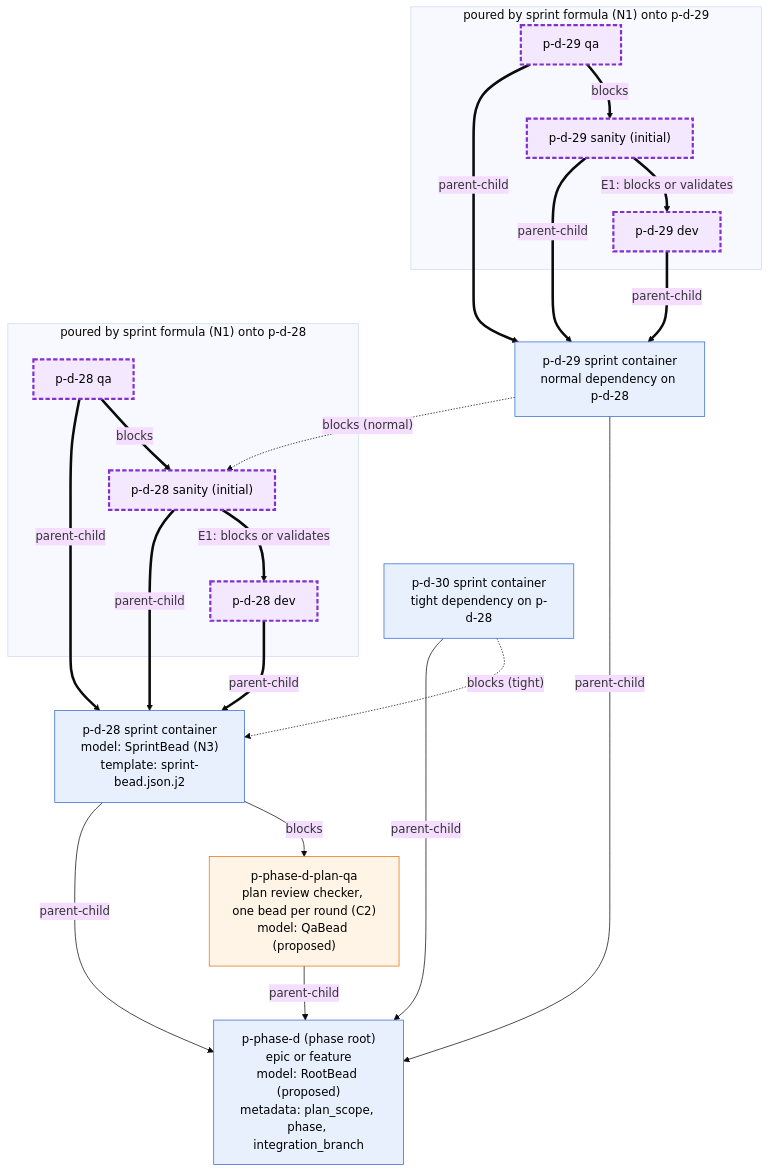
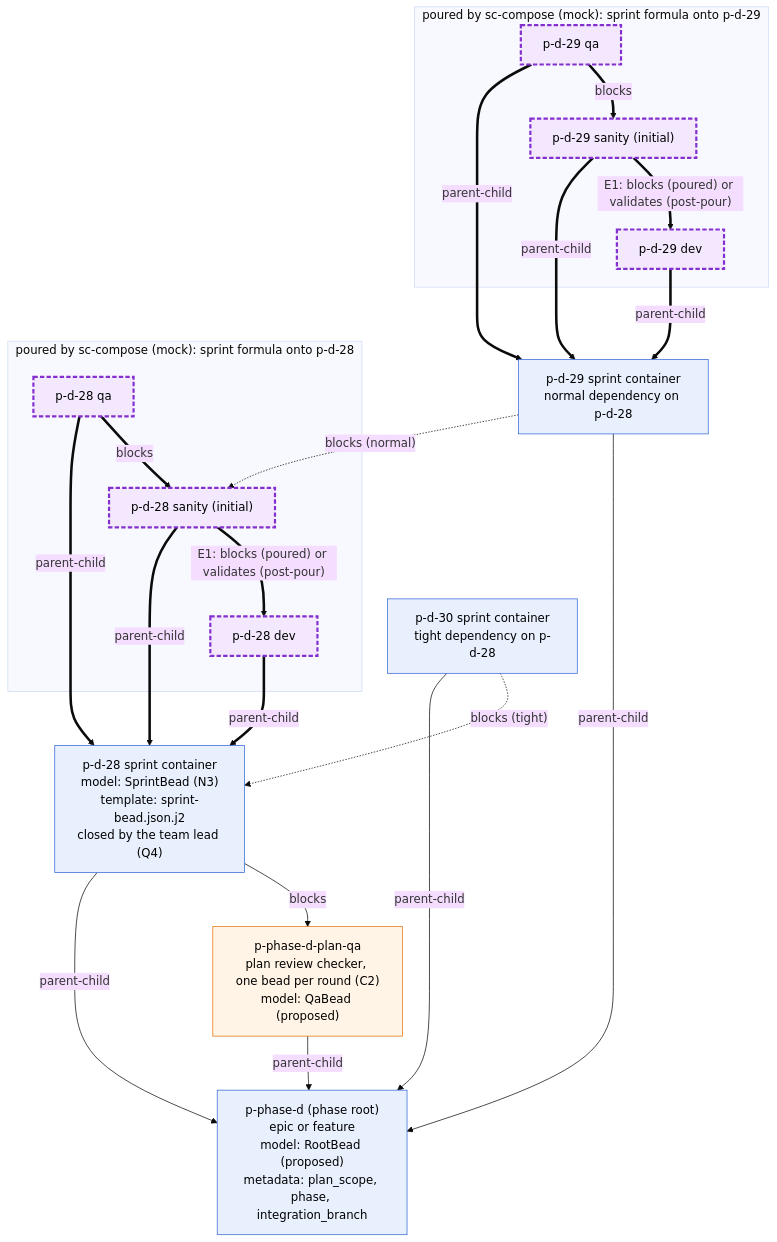
The first of 2 diagrams in docs/diagrams/02-phase-to-be.md (randlee/atm-bd-orchestration), drawn with Mermaid (base theme) before and after one commit. The commit also changed other lines of this file and 5 other files, not shown here.

First line of the commit message:
docs: apply Rand's rulings to the bead diagrams

````diff
--- a/docs/diagrams/02-phase-to-be.md
+++ b/docs/diagrams/02-phase-to-be.md
@@ -15,45 +18,44 @@
 ```mermaid
 flowchart TB
   classDef tmpl fill:#e8f0fe,stroke:#3367d6,color:#000
   classDef hand fill:#fff4e5,stroke:#e8710a,color:#000
   classDef poured fill:#f3e8fd,stroke:#8430ce,stroke-width:3px,stroke-dasharray:6 3,color:#000
-  classDef file fill:#f1f3f4,stroke:#5f6368,stroke-dasharray:4 3,color:#000
 
   ROOT["p-phase-d (phase root)<br/>epic or feature<br/>model: RootBead (proposed)<br/>metadata: plan_scope, phase, integration_branch"]:::tmpl
   PQA["p-phase-d-plan-qa<br/>plan review checker, one bead per round (C2)<br/>model: QaBead (proposed)"]:::hand
 
-  SA["p-d-28 sprint container<br/>model: SprintBead (N3)<br/>template: sprint-bead.json.j2"]:::tmpl
-  subgraph POURA["poured by sprint formula (N1) onto p-d-28"]
+  SA["p-d-28 sprint container<br/>model: SprintBead (N3)<br/>template: sprint-bead.json.j2<br/>closed by the team lead (Q4)"]:::tmpl
+  subgraph POURA["poured by sc-compose (mock): sprint formula onto p-d-28"]
     DA["p-d-28 dev"]:::poured
     NA["p-d-28 sanity (initial)"]:::poured
     QA_A["p-d-28 qa"]:::poured
   end
 
   SB["p-d-29 sprint container<br/>normal dependency on p-d-28"]:::tmpl
-  subgraph POURB["poured by sprint formula (N1) onto p-d-29"]
+  subgraph POURB["poured by sc-compose (mock): sprint formula onto p-d-29"]
     DB["p-d-29 dev"]:::poured
     NB["p-d-29 sanity (initial)"]:::poured
     QB["p-d-29 qa"]:::poured
   end
 
   SC["p-d-30 sprint container<br/>tight dependency on p-d-28"]:::tmpl
 
   SA -->|parent-child| ROOT
   SB -->|parent-child| ROOT
   SC -->|parent-child| ROOT
   PQA -->|parent-child| ROOT
   SA -->|blocks| PQA
   DA ==>|parent-child| SA
   NA ==>|parent-child| SA
   QA_A ==>|parent-child| SA
   DB ==>|parent-child| SB
   NB ==>|parent-child| SB
   QB ==>|parent-child| SB
-  NA ==>|"E1: blocks or validates"| DA
+  NA ==>|"E1: blocks (poured) or validates (post-pour)"| DA
   QA_A ==>|blocks| NA
-  NB ==>|"E1: blocks or validates"| DB
+  NB ==>|"E1: blocks (poured) or validates (post-pour)"| DB
   QB ==>|blocks| NB
 
   SB -.->|"blocks (normal)"| NA
   SC -.->|"blocks (tight)"| SA
 ```
````
